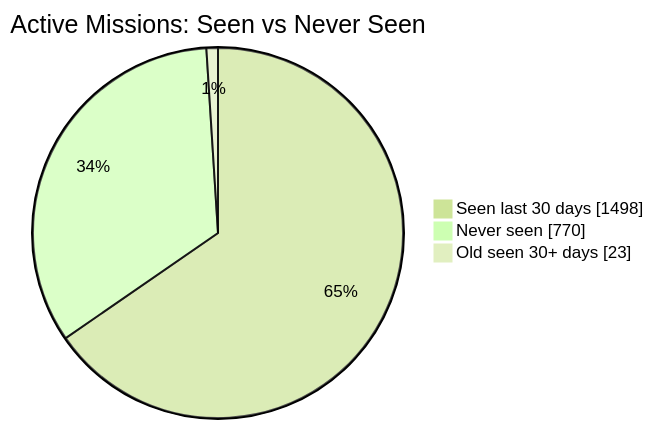
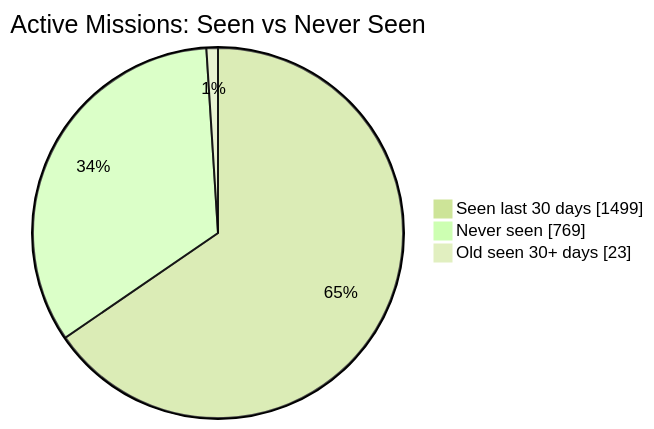
One commit to MeldkamerspelGameTeam/active-missions changed the first of 2 diagrams in README.md. Above: the diagram before and after it, drawn with Mermaid (forest theme). The commit also changed other lines of this file and 3 other files, not shown here.

````diff
--- a/README.md
+++ b/README.md
@@ -34,7 +34,7 @@
 ```mermaid
 pie showData
     title Active Missions: Seen vs Never Seen
-    "Seen last 30 days" : 1498
-    "Never seen" : 770
+    "Seen last 30 days" : 1499
+    "Never seen" : 769
     "Old seen 30+ days" : 23
 ```
````
